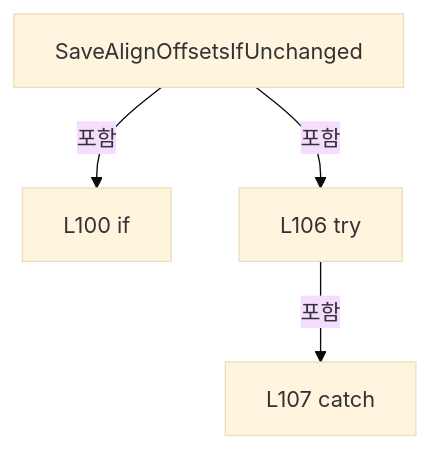
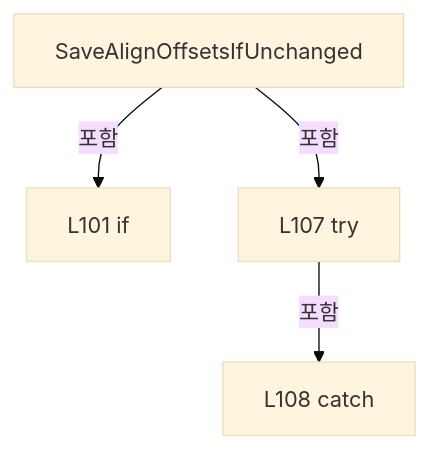
The fourth of 18 diagrams in A3 LD Code Ref/files/Drilling.Common/Managers/CRecipeManager.cs.md (kjuws10-rgb/Shared), drawn with Mermaid (base theme) before and after one commit. The commit also changed other lines of this file and 2071 other files, not shown here.

Commit message:
docs(a3): update 11.19.0 architecture and code reference

````diff
--- a/A3 LD Code Ref/files/Drilling.Common/Managers/CRecipeManager.cs.md
+++ b/A3 LD Code Ref/files/Drilling.Common/Managers/CRecipeManager.cs.md
@@ -753,10 +754,10 @@
 ```mermaid
 flowchart TD
  M["SaveAlignOffsetsIfUnchanged"]
- N0["L100 if"]
+ N0["L101 if"]
  M -->|포함| N0
- N1["L106 try"]
+ N1["L107 try"]
  M -->|포함| N1
- N2["L107 catch"]
+ N2["L108 catch"]
  N1 -->|포함| N2
 ```
````
